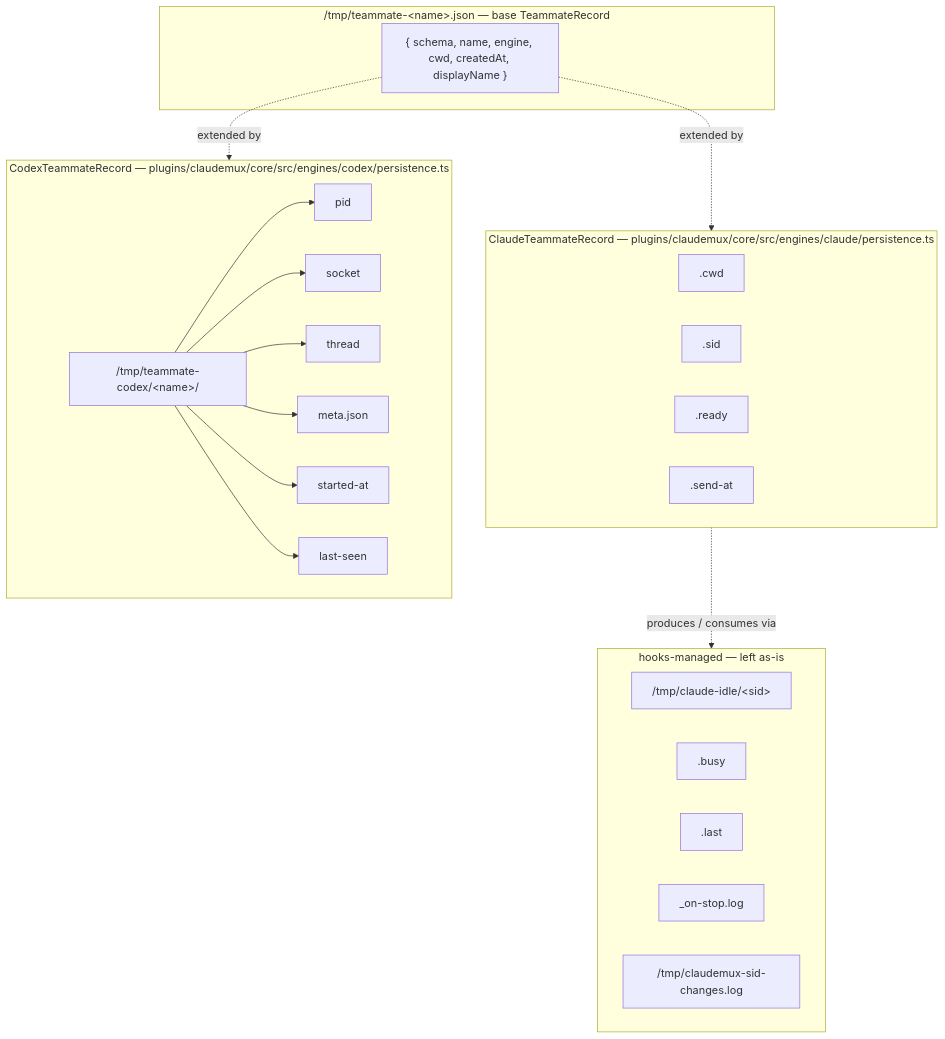
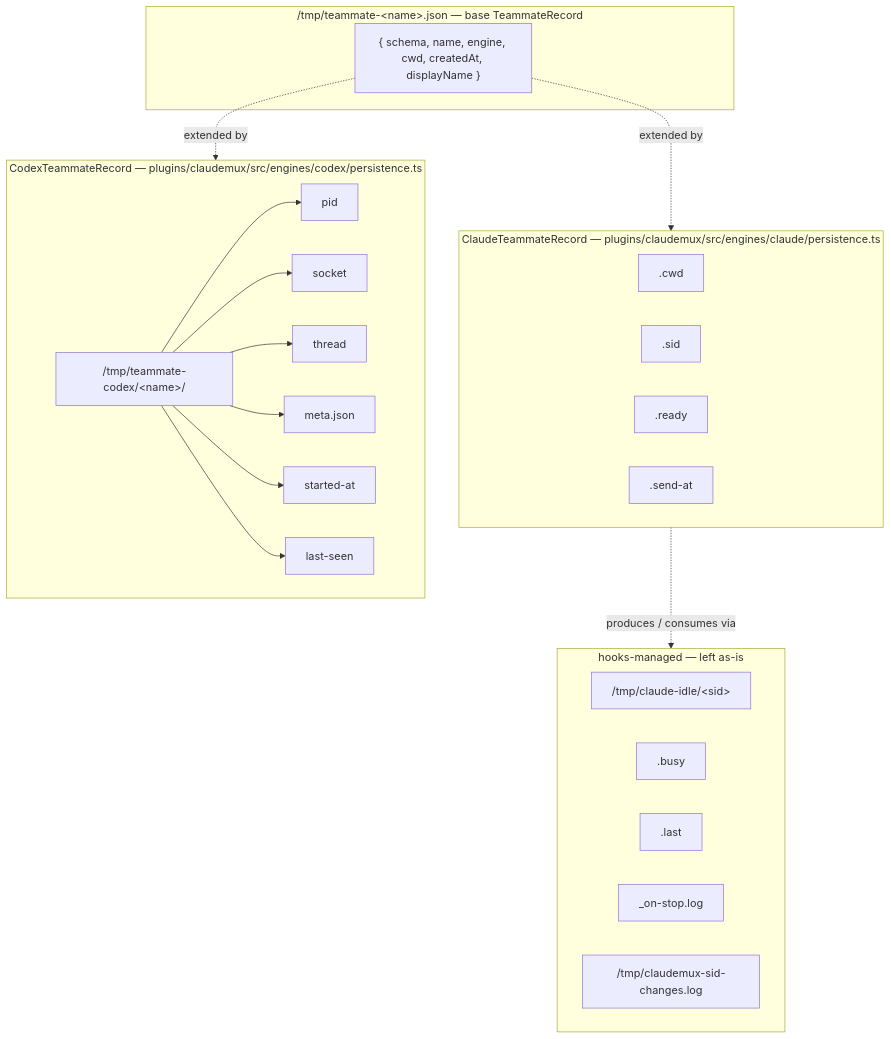
Before and after one commit to ryanxiang7/claudemux: the third of 3 diagrams in .agents/decisions/multi-engine-tui-architecture.md, drawn with Mermaid. The commit also changed other lines of this file and 928 other files, not shown here.

First line of the commit message:
chore(claudemux): collapse core/ into plugin root, single manifest (#136)

````diff
--- a/.agents/decisions/multi-engine-tui-architecture.md
+++ b/.agents/decisions/multi-engine-tui-architecture.md
@@ -330,41 +330,41 @@
 ```mermaid
 flowchart TB
   subgraph BASE["/tmp/teammate-&lt;name&gt;.json  —  base TeammateRecord"]
     base["{ schema, name, engine, cwd, createdAt, displayName }"]
   end
 
-  subgraph CE_EXT["ClaudeTeammateRecord — plugins/claudemux/core/src/engines/claude/persistence.ts"]
+  subgraph CE_EXT["ClaudeTeammateRecord — plugins/claudemux/src/engines/claude/persistence.ts"]
     ccwd[".cwd"]
     csid[".sid"]
     cready[".ready"]
     csend[".send-at"]
   end
 
-  subgraph CX_EXT["CodexTeammateRecord — plugins/claudemux/core/src/engines/codex/persistence.ts"]
+  subgraph CX_EXT["CodexTeammateRecord — plugins/claudemux/src/engines/codex/persistence.ts"]
     xroot["/tmp/teammate-codex/&lt;name&gt;/"]
     xpid["pid"]
     xsock["socket"]
     xthr["thread"]
     xmeta["meta.json"]
     xstart["started-at"]
     xseen["last-seen"]
     xroot --> xpid
     xroot --> xsock
     xroot --> xthr
     xroot --> xmeta
     xroot --> xstart
     xroot --> xseen
   end
 
   subgraph HOOKS["hooks-managed — left as-is"]
     hidle["/tmp/claude-idle/&lt;sid&gt;"]
     hbusy[".busy"]
     hlast[".last"]
     hlog["_on-stop.log"]
     hslog["/tmp/claudemux-sid-changes.log"]
   end
 
   base -. "extended by" .-> CE_EXT
   base -. "extended by" .-> CX_EXT
   CE_EXT -. "produces / consumes via" .-> HOOKS
 ```
````
